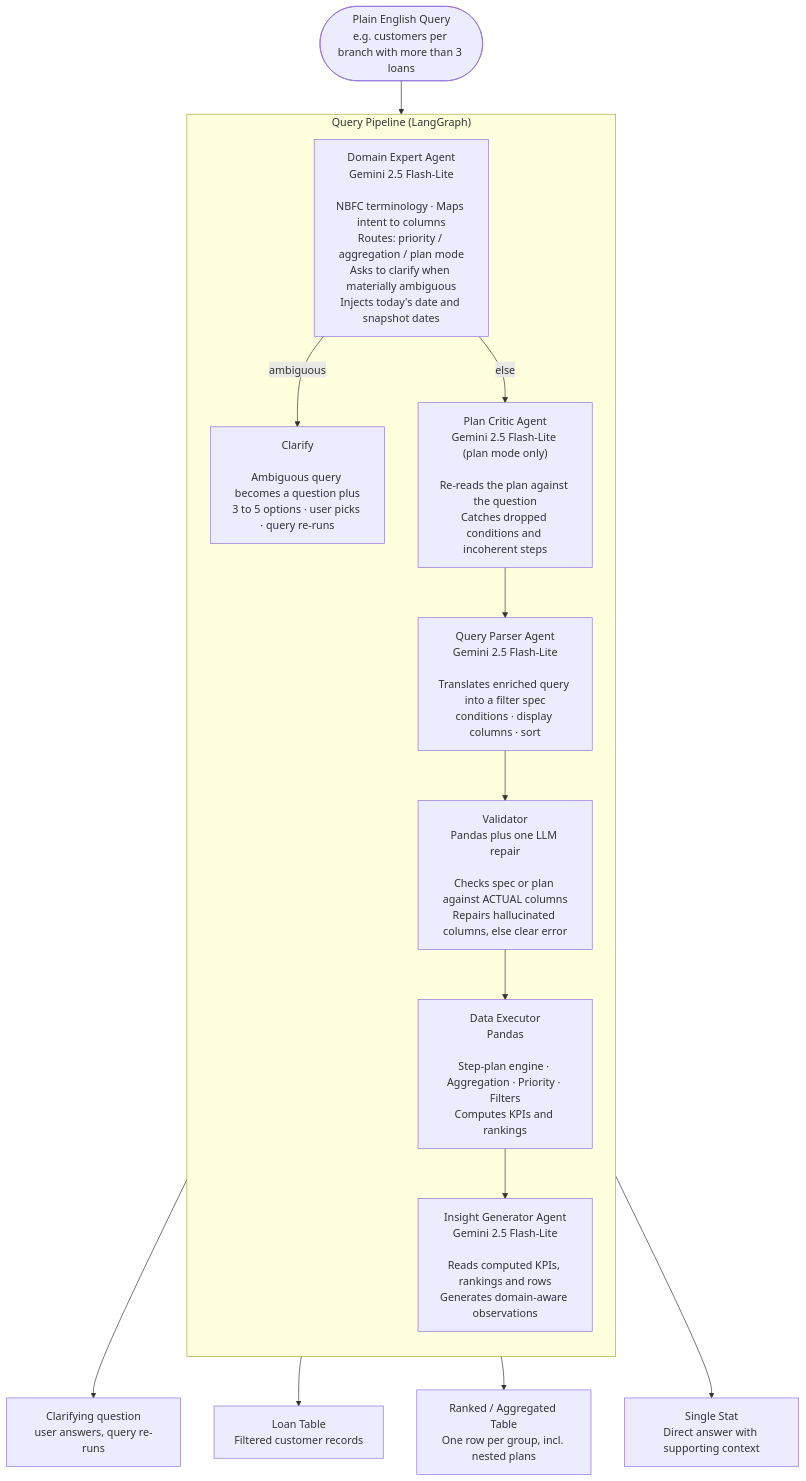
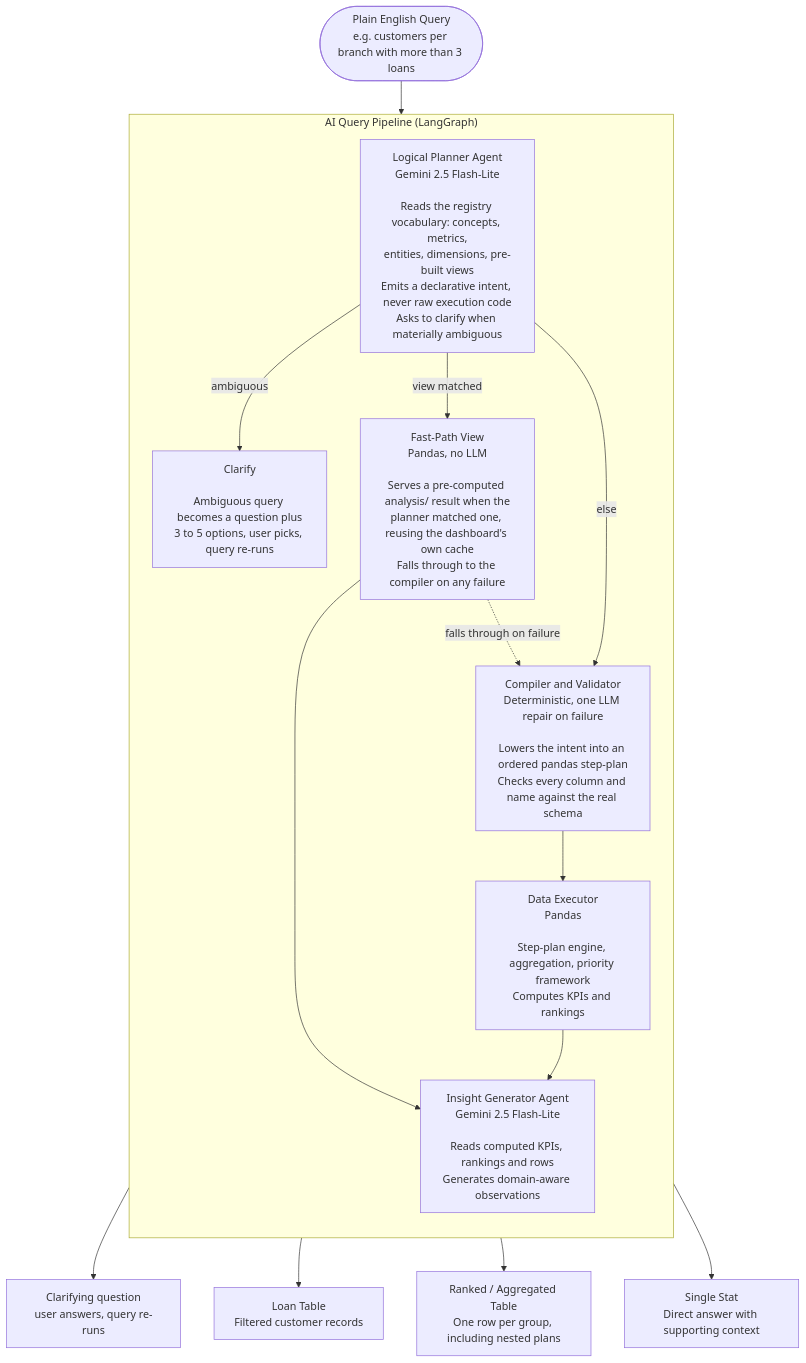
Before and after one commit to Sanjay-00/CollectionIQ: the first of 3 diagrams in README.md, drawn with Mermaid. The commit also changed other lines of this file and 40 other files, not shown here.

Commit message:
Version 3.11: Report pipeline expanded to 18 sections + bug fixes + AI query fix

````diff
--- a/README.md
+++ b/README.md
@@ -190,25 +190,25 @@
 ```mermaid
 flowchart TD
     User(["Plain English Query\ne.g. customers per branch with more than 3 loans"])
 
-    User --> DE
+    User --> LP
 
-    subgraph QP ["  Query Pipeline  (LangGraph)  "]
+    subgraph QP ["  AI Query Pipeline  (LangGraph)  "]
         direction TB
-        DE["Domain Expert Agent\nGemini 2.5 Flash-Lite\n\nNBFC terminology · Maps intent to columns\nRoutes: priority / aggregation / plan mode\nAsks to clarify when materially ambiguous\nInjects today's date and snapshot dates"]
-        CL["Clarify\n\nAmbiguous query becomes a question plus\n3 to 5 options · user picks · query re-runs"]
-        CR["Plan Critic Agent\nGemini 2.5 Flash-Lite (plan mode only)\n\nRe-reads the plan against the question\nCatches dropped conditions and incoherent steps"]
-        PP["Query Parser Agent\nGemini 2.5 Flash-Lite\n\nTranslates enriched query into a filter spec\nconditions · display columns · sort"]
-        VAL2["Validator\nPandas plus one LLM repair\n\nChecks spec or plan against ACTUAL columns\nRepairs hallucinated columns, else clear error"]
-        EX["Data Executor\nPandas\n\nStep-plan engine · Aggregation · Priority · Filters\nComputes KPIs and rankings"]
+        LP["Logical Planner Agent\nGemini 2.5 Flash-Lite\n\nReads the registry vocabulary: concepts, metrics,\nentities, dimensions, pre-built views\nEmits a declarative intent, never raw execution code\nAsks to clarify when materially ambiguous"]
+        CL["Clarify\n\nAmbiguous query becomes a question plus\n3 to 5 options, user picks, query re-runs"]
+        VW["Fast-Path View\nPandas, no LLM\n\nServes a pre-computed analysis/ result when the\nplanner matched one, reusing the dashboard's own cache\nFalls through to the compiler on any failure"]
+        CV["Compiler and Validator\nDeterministic, one LLM repair on failure\n\nLowers the intent into an ordered pandas step-plan\nChecks every column and name against the real schema"]
+        EX["Data Executor\nPandas\n\nStep-plan engine, aggregation, priority framework\nComputes KPIs and rankings"]
         IG["Insight Generator Agent\nGemini 2.5 Flash-Lite\n\nReads computed KPIs, rankings and rows\nGenerates domain-aware observations"]
-        DE -->|ambiguous| CL
-        DE -->|else| CR
-        CR --> PP --> VAL2 --> EX --> IG
+        LP -->|ambiguous| CL
+        LP -->|view matched| VW --> IG
+        LP -->|else| CV --> EX --> IG
+        VW -.falls through on failure.-> CV
     end
 
     CL --> RQ["Clarifying question\nuser answers, query re-runs"]
     IG --> R1["Loan Table\nFiltered customer records"]
-    IG --> R2["Ranked / Aggregated Table\nOne row per group, incl. nested plans"]
+    IG --> R2["Ranked / Aggregated Table\nOne row per group, including nested plans"]
     IG --> R3["Single Stat\nDirect answer with supporting context"]
 ```
````
